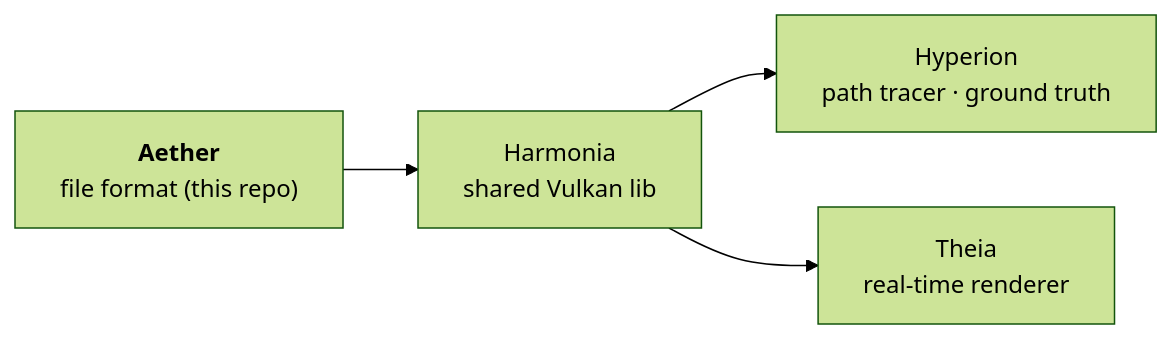
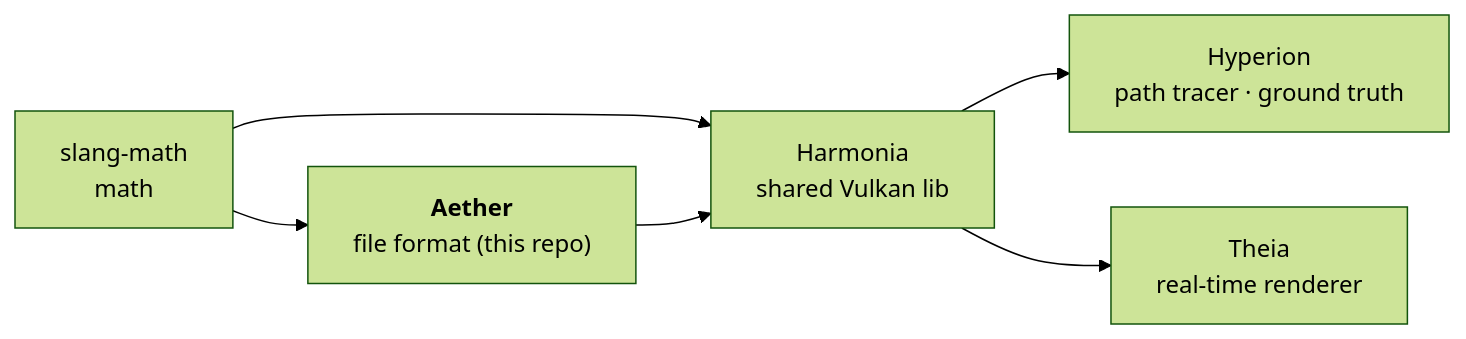
The diagram in AGENTS.md (McNopper/Aether), drawn with Mermaid (forest theme) before and after one commit. The commit also changed other lines of this file and 2 other files, not shown here.

````diff
--- a/AGENTS.md
+++ b/AGENTS.md
@@ -14,6 +17,8 @@
 ```mermaid
 flowchart LR
-    A["<b>Aether</b><br/>file format (this repo)"] --> H["Harmonia<br/>shared Vulkan lib"]
+    SM["slang-math<br/>math"] --> A["<b>Aether</b><br/>file format (this repo)"]
+    SM --> H
+    A --> H["Harmonia<br/>shared Vulkan lib"]
     H --> Hy["Hyperion<br/>path tracer · ground truth"]
     H --> T["Theia<br/>real-time renderer"]
 ```
````
